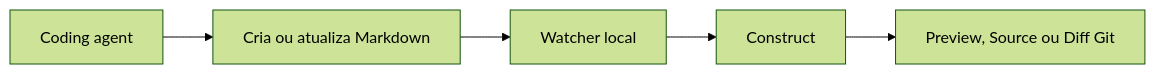
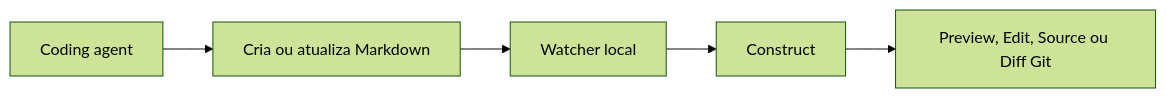
One commit to lfnovo/construct changed the diagram in docs/product-spec.md. Above: the diagram before and after it, drawn with Mermaid (forest theme). The commit also changed other lines of this file and 13 other files, not shown here.

````diff
--- a/docs/product-spec.md
+++ b/docs/product-spec.md
@@ -337,7 +347,7 @@
 ```mermaid
 flowchart LR
     A[Coding agent] --> B[Cria ou atualiza Markdown]
     B --> C[Watcher local]
     C --> D[Construct]
-    D --> E[Preview, Source ou Diff Git]
+    D --> E[Preview, Edit, Source ou Diff Git]
 ```
````
